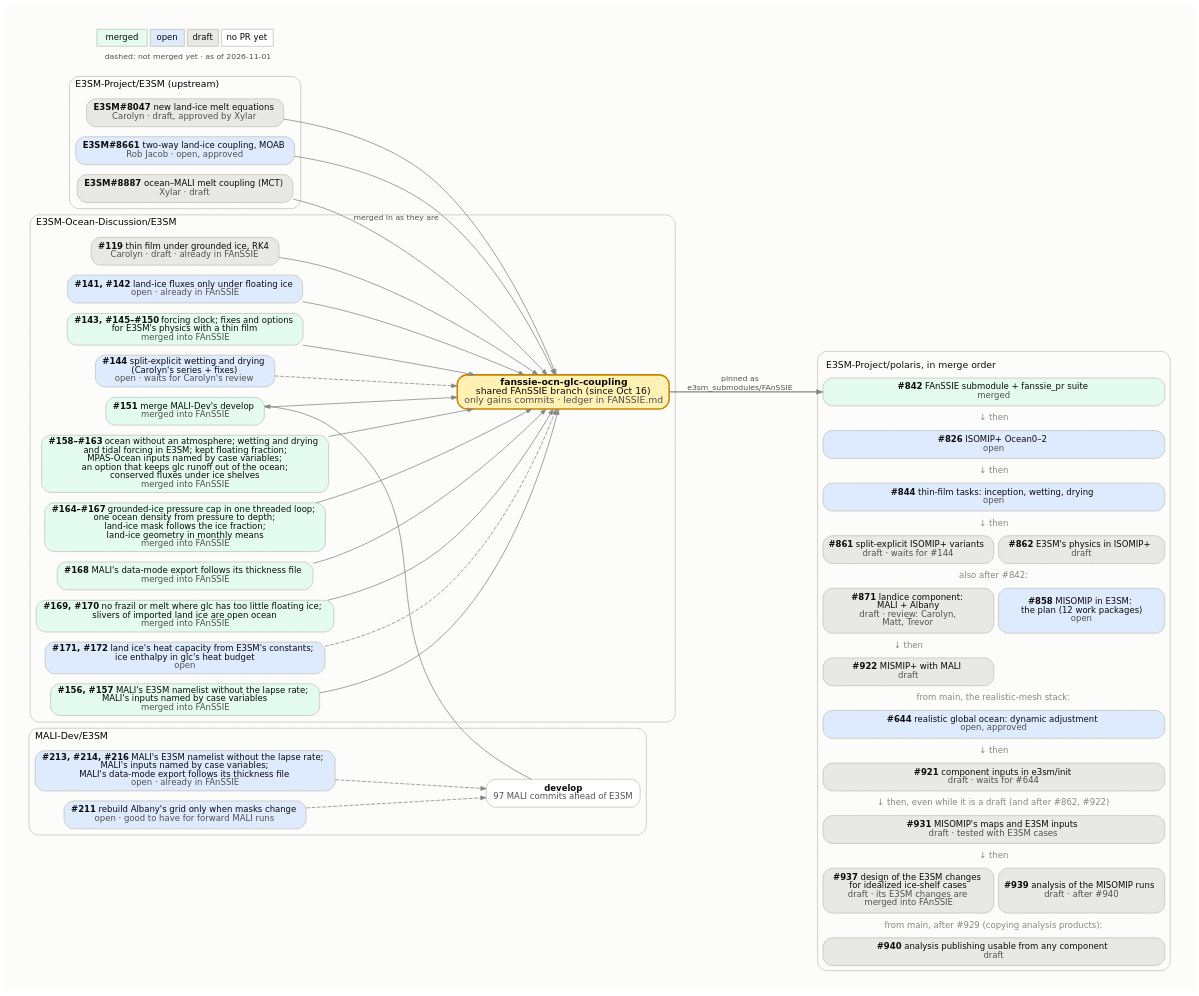
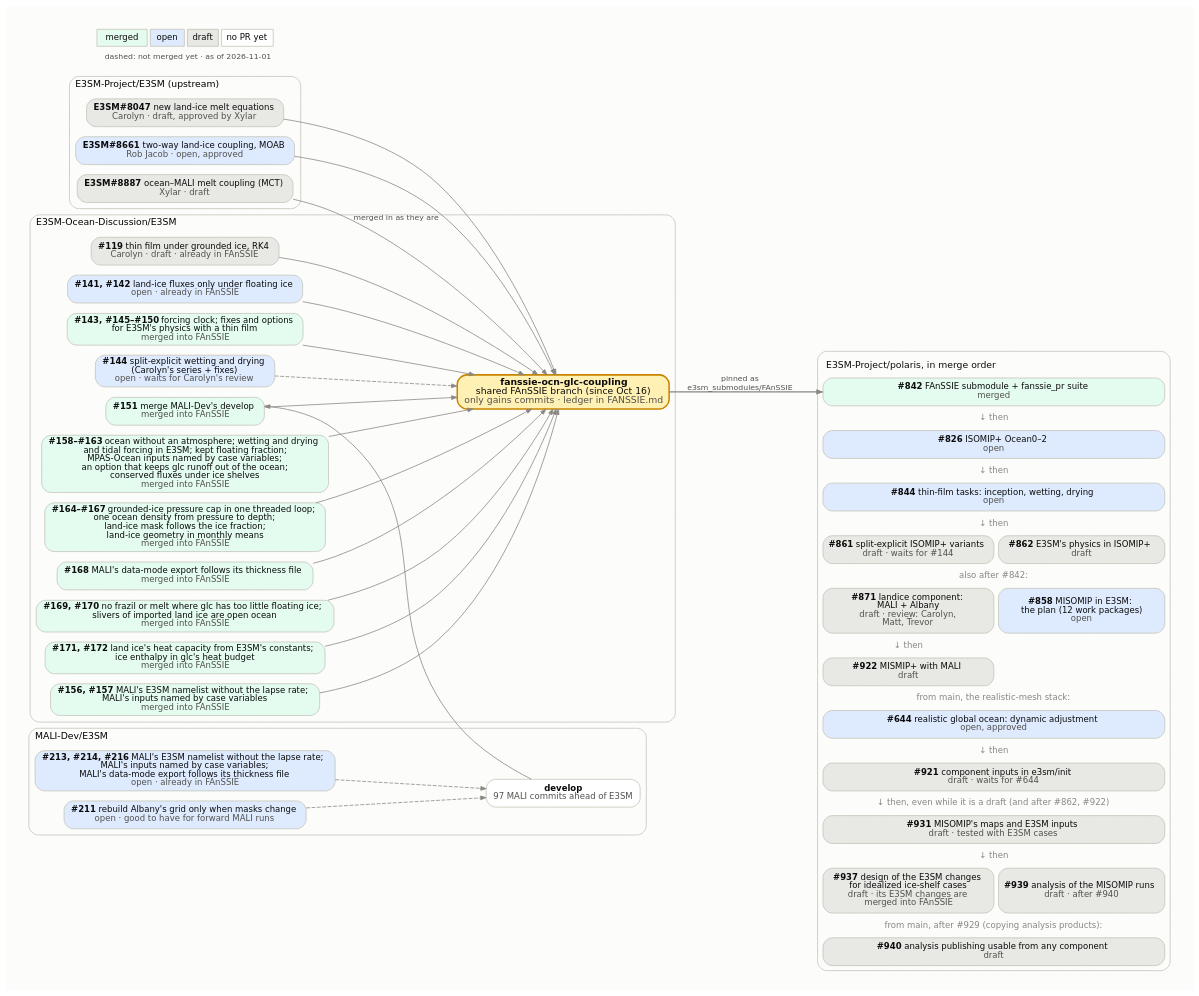
Before and after one commit to E3SM-Project/polaris: the diagram in docs/design_docs/misomip/code_flow.dot, drawn with Graphviz. The commit also changed 3 other files, not shown here.

Commit message:
Show the heat-budget fixes as merged in the MISOMIP figures

```diff
--- a/docs/design_docs/misomip/code_flow.dot
+++ b/docs/design_docs/misomip/code_flow.dot
@@ -1,113 +1,113 @@
 // How the upstream E3SM PRs, the E3SM-Ocean-Discussion PRs, the
 // fanssie-ocn-glc-coupling branch and the Polaris PRs fit together.
 //
 // Regenerate with Graphviz 14 (Chrysalis's /usr/bin/dot 2.40 lays it out
 // wider), with the text drawn as paths so it looks the same everywhere:
 //
 //     pixi exec -s graphviz dot -Tsvg:cairo code_flow.dot -o code_flow.svg
 //
 // Fill by state: merged #e3fcef, open #deebff, draft #e8e8e4, no PR yet
 // #ffffff. Dashed edges into the FAnSSIE branch mark PRs not merged into it
 // yet. The Polaris side is one HTML-table node, in merge order, because
 // Graphviz would not keep separate boxes in that order. Update the date in
 // the legend.
 digraph fanssie {
   rankdir=LR;
   bgcolor="#fcfcfb";
   pad=0.3;
   nodesep=0.18;
   ranksep=0.7;
   fontname="DejaVu Sans";
   node [shape=box, style="rounded,filled", fontname="DejaVu Sans",
         fontsize=11, color="#c3c2b7", fontcolor="#0b0b0b", penwidth=1,
         margin="0.12,0.06"];
   edge [color="#898781", arrowsize=0.7, fontname="DejaVu Sans",
         fontsize=10, fontcolor="#52514e"];
 
   subgraph cluster_upstream {
     label="E3SM-Project/E3SM (upstream)";
     labeljust=l; fontsize=12; color="#c3c2b7"; style="rounded";
     e8047 [label=<<b>E3SM#8047</b>  new land-ice melt equations<br/><font color="#52514e">Carolyn · draft, approved by Xylar</font>>, fillcolor="#e8e8e4"];
     e8661 [label=<<b>E3SM#8661</b>  two-way land-ice coupling, MOAB<br/><font color="#52514e">Rob Jacob · open, approved</font>>, fillcolor="#deebff"];
     e8887 [label=<<b>E3SM#8887</b>  ocean–MALI melt coupling (MCT)<br/><font color="#52514e">Xylar · draft</font>>, fillcolor="#e8e8e4"];
   }
 
   subgraph cluster_malidev {
     label="MALI-Dev/E3SM";
     labeljust=l; fontsize=12; color="#c3c2b7"; style="rounded";
     malidev [label=<<b>develop</b><br/><font color="#52514e">97 MALI commits ahead of E3SM</font>>, fillcolor="#ffffff"];
     m213 [label=<<b>#213, #214, #216</b>  MALI's E3SM namelist without the lapse rate;<br/>MALI's inputs named by case variables;<br/>MALI's data-mode export follows its thickness file<br/><font color="#52514e">open · already in FAnSSIE</font>>, fillcolor="#deebff"];
     m211 [label=<<b>#211</b>  rebuild Albany's grid only when masks change<br/><font color="#52514e">open · good to have for forward MALI runs</font>>, fillcolor="#deebff"];
   }
 
   subgraph cluster_eod {
     label="E3SM-Ocean-Discussion/E3SM";
     labeljust=l; fontsize=12; color="#c3c2b7"; style="rounded";
     d119 [label=<<b>#119</b>  thin film under grounded ice, RK4<br/><font color="#52514e">Carolyn · draft · already in FAnSSIE</font>>, fillcolor="#e8e8e4"];
     d141 [label=<<b>#141, #142</b>  land-ice fluxes only under floating ice<br/><font color="#52514e">open · already in FAnSSIE</font>>, fillcolor="#deebff"];
     d143 [label=<<b>#143, #145–#150</b>  forcing clock; fixes and options<br/>for E3SM's physics with a thin film<br/><font color="#52514e">merged into FAnSSIE</font>>, fillcolor="#e3fcef"];
     d144 [label=<<b>#144</b>  split-explicit wetting and drying<br/>(Carolyn's series + fixes)<br/><font color="#52514e">open · waits for Carolyn's review</font>>, fillcolor="#deebff"];
     d151 [label=<<b>#151</b>  merge MALI-Dev's develop<br/><font color="#52514e">merged into FAnSSIE</font>>, fillcolor="#e3fcef"];
     d158 [label=<<b>#158–#163</b>  ocean without an atmosphere; wetting and drying<br/>and tidal forcing in E3SM; kept floating fraction;<br/>MPAS-Ocean inputs named by case variables;<br/>an option that keeps glc runoff out of the ocean;<br/>conserved fluxes under ice shelves<br/><font color="#52514e">merged into FAnSSIE</font>>, fillcolor="#e3fcef"];
     d164 [label=<<b>#164–#167</b>  grounded-ice pressure cap in one threaded loop;<br/>one ocean density from pressure to depth;<br/>land-ice mask follows the ice fraction;<br/>land-ice geometry in monthly means<br/><font color="#52514e">merged into FAnSSIE</font>>, fillcolor="#e3fcef"];
     d168 [label=<<b>#168</b>  MALI's data-mode export follows its thickness file<br/><font color="#52514e">merged into FAnSSIE</font>>, fillcolor="#e3fcef"];
     d169 [label=<<b>#169, #170</b>  no frazil or melt where glc has too little floating ice;<br/>slivers of imported land ice are open ocean<br/><font color="#52514e">merged into FAnSSIE</font>>, fillcolor="#e3fcef"];
-    d171 [label=<<b>#171, #172</b>  land ice's heat capacity from E3SM's constants;<br/>ice enthalpy in glc's heat budget<br/><font color="#52514e">open</font>>, fillcolor="#deebff"];
+    d171 [label=<<b>#171, #172</b>  land ice's heat capacity from E3SM's constants;<br/>ice enthalpy in glc's heat budget<br/><font color="#52514e">merged into FAnSSIE</font>>, fillcolor="#e3fcef"];
     d156 [label=<<b>#156, #157</b>  MALI's E3SM namelist without the lapse rate;<br/>MALI's inputs named by case variables<br/><font color="#52514e">merged into FAnSSIE</font>>, fillcolor="#e3fcef"];
     fanssie [label=<<b>fanssie-ocn-glc-coupling</b><br/>shared FAnSSIE branch (since Oct 16)<br/><font color="#52514e">only gains commits · ledger in FANSSIE.md</font>>,
              fillcolor="#fff0b3", penwidth=2, color="#c98500", fontsize=12];
   }
 
   polaris [shape=plaintext, style="", label=<
     <table border="1" color="#c3c2b7" style="rounded" cellborder="1" cellspacing="6" cellpadding="4" bgcolor="#fcfcfb">
       <tr><td border="0" colspan="2" align="left"><font point-size="12">E3SM-Project/polaris, in merge order</font></td></tr>
       <tr><td port="p842" bgcolor="#e3fcef" colspan="2" style="rounded" cellpadding="6"><b>#842</b>  FAnSSIE submodule + fanssie_pr suite<br/><font color="#52514e">merged</font></td></tr>
       <tr><td border="0" colspan="2"><font color="#898781">↓ then</font></td></tr>
       <tr><td port="p826" bgcolor="#deebff" colspan="2" style="rounded" cellpadding="6"><b>#826</b>  ISOMIP+ Ocean0–2<br/><font color="#52514e">open</font></td></tr>
       <tr><td border="0" colspan="2"><font color="#898781">↓ then</font></td></tr>
       <tr><td port="p844" bgcolor="#deebff" colspan="2" style="rounded" cellpadding="6"><b>#844</b>  thin-film tasks: inception, wetting, drying<br/><font color="#52514e">open</font></td></tr>
       <tr><td border="0" colspan="2"><font color="#898781">↓ then</font></td></tr>
       <tr><td port="p861" bgcolor="#e8e8e4" colspan="1" style="rounded" cellpadding="6"><b>#861</b>  split-explicit ISOMIP+ variants<br/><font color="#52514e">draft · waits for #144</font></td><td port="p862" bgcolor="#e8e8e4" colspan="1" style="rounded" cellpadding="6"><b>#862</b>  E3SM's physics in ISOMIP+<br/><font color="#52514e">draft</font></td></tr>
       <tr><td border="0" colspan="2"><font color="#898781">also after #842:</font></td></tr>
       <tr><td port="p871" bgcolor="#e8e8e4" colspan="1" style="rounded" cellpadding="6"><b>#871</b>  landice component:<br/>MALI + Albany<br/><font color="#52514e">draft · review: Carolyn,<br/>Matt, Trevor</font></td><td port="p858" bgcolor="#deebff" colspan="1" style="rounded" cellpadding="6"><b>#858</b>  MISOMIP in E3SM:<br/>the plan (12 work packages)<br/><font color="#52514e">open</font></td></tr>
       <tr><td border="0" colspan="1"><font color="#898781">↓ then</font></td><td border="0" colspan="1"></td></tr>
       <tr><td port="p922" bgcolor="#e8e8e4" colspan="1" style="rounded" cellpadding="6"><b>#922</b>  MISMIP+ with MALI<br/><font color="#52514e">draft</font></td><td border="0" colspan="1"></td></tr>
       <tr><td border="0" colspan="2"><font color="#898781">from main, the realistic-mesh stack:</font></td></tr>
       <tr><td port="p644" bgcolor="#deebff" colspan="2" style="rounded" cellpadding="6"><b>#644</b>  realistic global ocean: dynamic adjustment<br/><font color="#52514e">open, approved</font></td></tr>
       <tr><td border="0" colspan="2"><font color="#898781">↓ then</font></td></tr>
       <tr><td port="p921" bgcolor="#e8e8e4" colspan="2" style="rounded" cellpadding="6"><b>#921</b>  component inputs in e3sm/init<br/><font color="#52514e">draft · waits for #644</font></td></tr>
       <tr><td border="0" colspan="2"><font color="#898781">↓ then, even while it is a draft (and after #862, #922)</font></td></tr>
       <tr><td port="pwp56" bgcolor="#e8e8e4" colspan="2" style="rounded" cellpadding="6"><b>#931</b>  MISOMIP's maps and E3SM inputs<br/><font color="#52514e">draft · tested with E3SM cases</font></td></tr>
       <tr><td border="0" colspan="2"><font color="#898781">↓ then</font></td></tr>
       <tr><td port="pwp7" bgcolor="#e8e8e4" colspan="1" style="rounded" cellpadding="6"><b>#937</b>  design of the E3SM changes<br/>for idealized ice-shelf cases<br/><font color="#52514e">draft · its E3SM changes are<br/>merged into FAnSSIE</font></td><td port="pwp9" bgcolor="#e8e8e4" colspan="1" style="rounded" cellpadding="6"><b>#939</b>  analysis of the MISOMIP runs<br/><font color="#52514e">draft · after #940</font></td></tr>
       <tr><td border="0" colspan="2"><font color="#898781">from main, after #929 (copying analysis products):</font></td></tr>
       <tr><td port="p940" bgcolor="#e8e8e4" colspan="2" style="rounded" cellpadding="6"><b>#940</b>  analysis publishing usable from any component<br/><font color="#52514e">draft</font></td></tr>
     </table>>];
 
   e8047 -> fanssie;
   e8661 -> fanssie;
   e8887 -> fanssie [label="merged in as they are"];
   d119 -> fanssie;
   d141 -> fanssie;
   d143 -> fanssie;
   d144 -> fanssie [style=dashed];
   m211 -> malidev [style=dashed];
   m213 -> malidev [style=dashed];
   d156 -> fanssie;
   d158 -> fanssie;
   d164 -> fanssie;
   d168 -> fanssie;
   d169 -> fanssie;
-  d171 -> fanssie [style=dashed];
+  d171 -> fanssie;
   malidev -> d151 [constraint=false];
   d151 -> fanssie;
 
   fanssie -> polaris:p842 [label="pinned as
 e3sm_submodules/FAnSSIE", penwidth=1.5];
 
   legend [shape=plaintext, style="", label=<
     <table border="0" cellborder="1" cellspacing="4" cellpadding="4" color="#c3c2b7">
       <tr><td bgcolor="#e3fcef">merged</td><td bgcolor="#deebff">open</td><td bgcolor="#e8e8e4">draft</td><td bgcolor="#ffffff">no PR yet</td></tr>
       <tr><td colspan="4" border="0"><font point-size="10" color="#52514e">dashed: not merged yet · as of 2026-11-01</font></td></tr>
     </table>>];
 }
```
